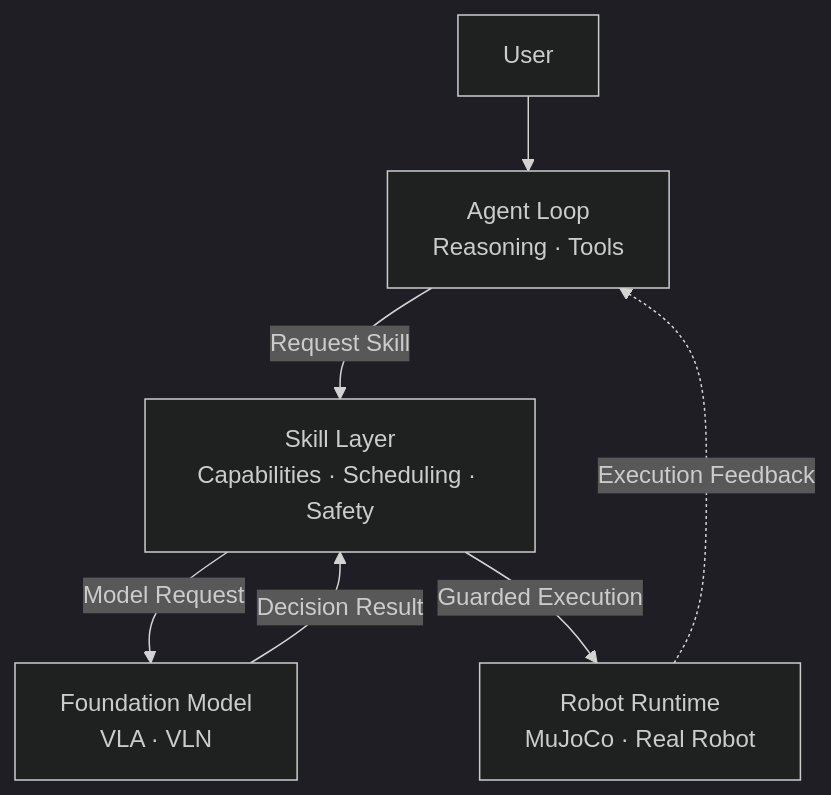
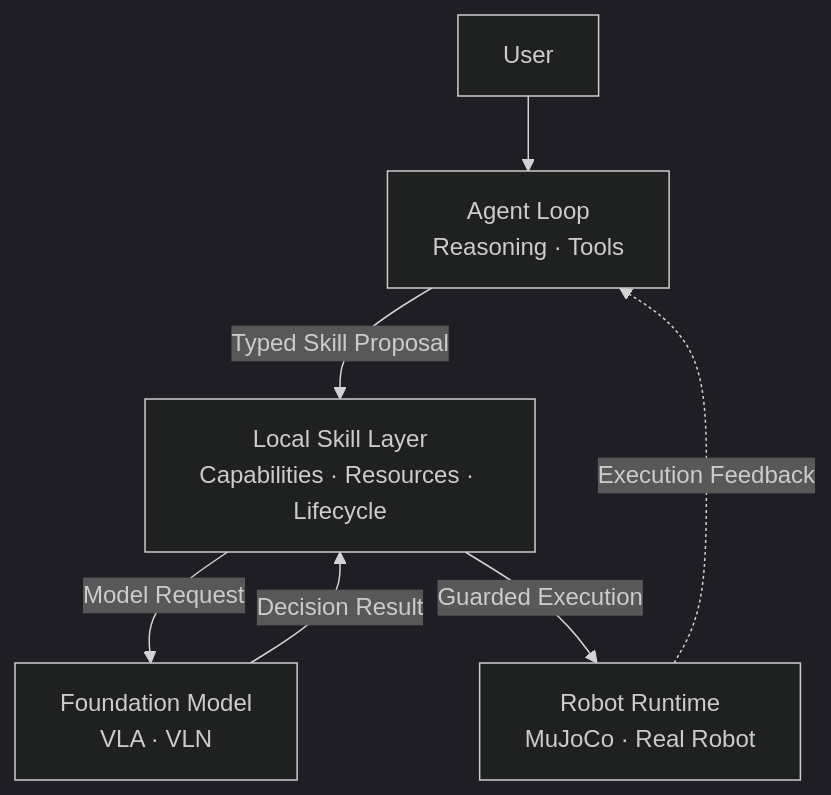
One commit to Xbotics-Embodied-AI-club/Xbotics-Hey-Robot changed the diagram in docs/README_EN.md. Above: the diagram before and after it, drawn with Mermaid (dark theme). The commit also changed other lines of this file and 232 other files, not shown here.

````diff
--- a/docs/README_EN.md
+++ b/docs/README_EN.md
@@ -39,9 +40,9 @@
 ```mermaid
 flowchart TD
     U[User] --> A[Agent Loop<br/>Reasoning · Tools]
-    A -->|Request Skill| S[Skill Layer<br/>Capabilities · Scheduling · Safety]
+    A -->|Typed Skill Proposal| S[Local Skill Layer<br/>Capabilities · Resources · Lifecycle]
     S -->|Model Request| F[Foundation Model<br/>VLA · VLN]
     F -->|Decision Result| S
     S -->|Guarded Execution| R[Robot Runtime<br/>MuJoCo · Real Robot]
     R -.Execution Feedback.-> A
 ```
````
